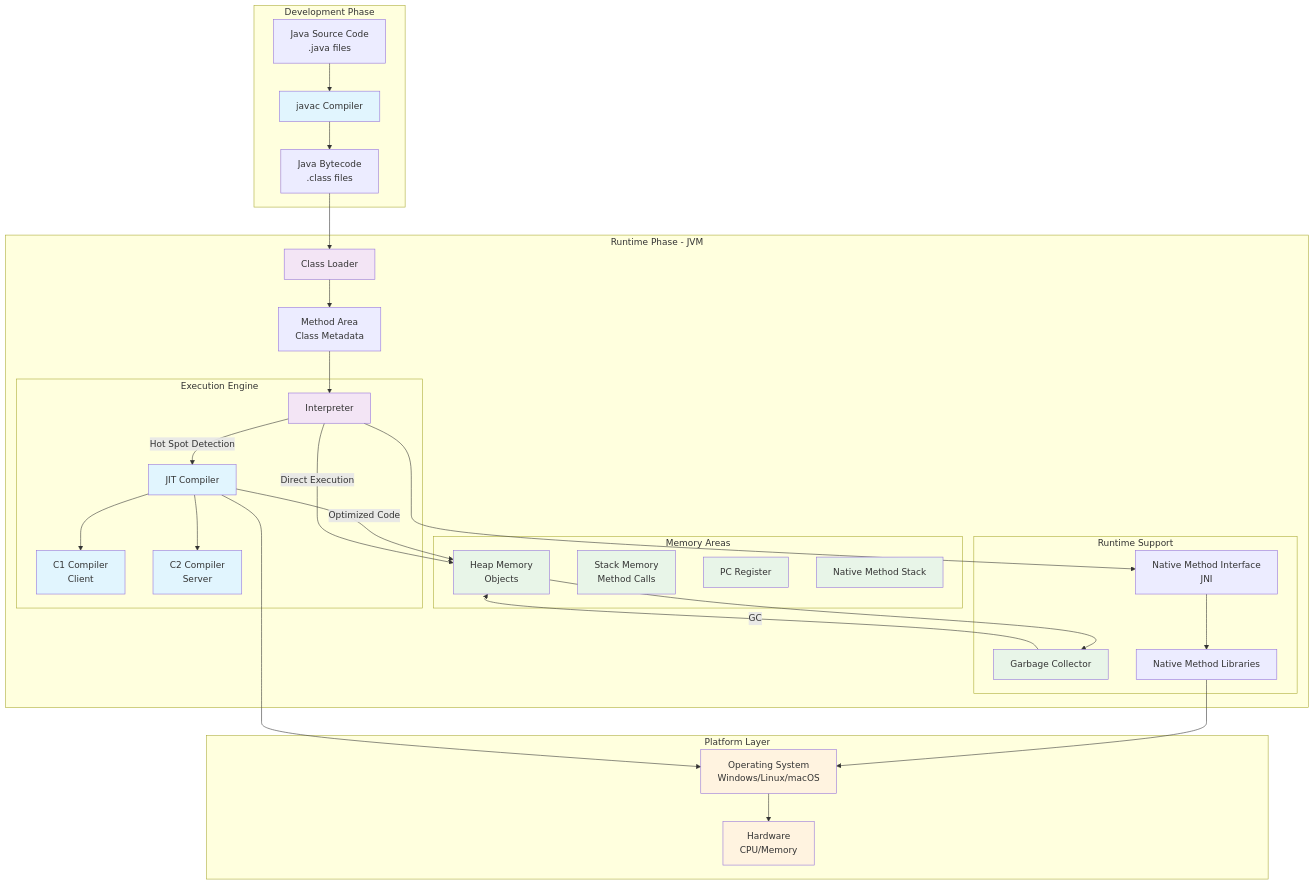
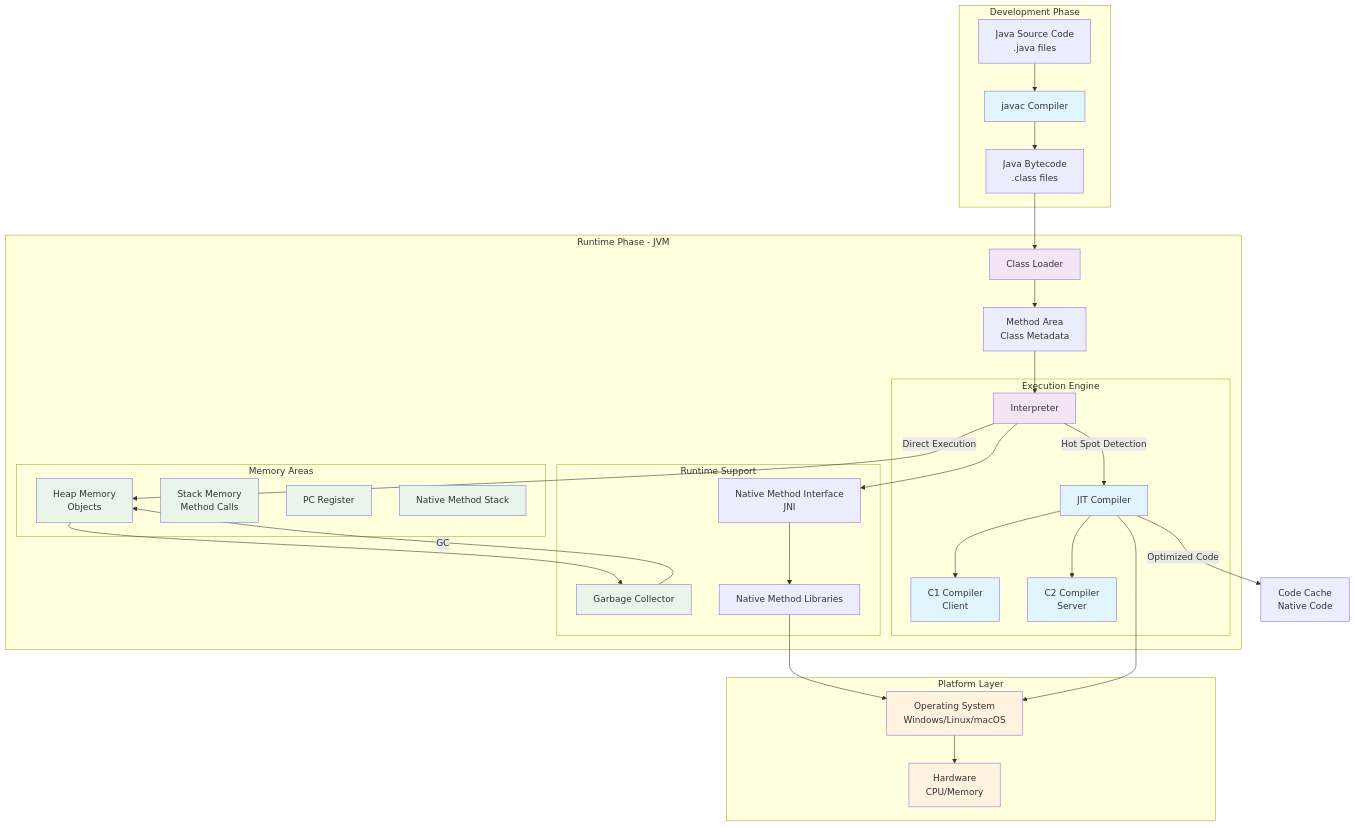
The first of 3 diagrams in _posts/java/2025-06-30-JIT_complier.md (hongmoSung/hongmoSung.github.io), drawn with Mermaid before and after one commit. The commit also changed other lines of this file and 32 other files, not shown here.

````diff
--- a/_posts/java/2025-06-30-JIT_complier.md
+++ b/_posts/java/2025-06-30-JIT_complier.md
@@ -63,70 +64,70 @@
 ```mermaid
 graph TB
     subgraph "Development Phase"
         A[Java Source Code<br>.java files] --> B[javac Compiler]
         B --> C[Java Bytecode<br>.class files]
     end
     
     subgraph "Runtime Phase - JVM"
         C --> D[Class Loader]
         D --> E[Method Area<br>Class Metadata]
         
         subgraph "Execution Engine"
             F[Interpreter]
             G[JIT Compiler]
             H[C1 Compiler<br>Client]
             I[C2 Compiler<br>Server]
             
             G --> H
             G --> I
         end
         
         subgraph "Memory Areas"
             J[Heap Memory<br>Objects]
             K[Stack Memory<br>Method Calls]
             L[PC Register]
             M[Native Method Stack]
         end
         
         subgraph "Runtime Support"
             N[Garbage Collector]
             O[Native Method Interface<br>JNI]
             P[Native Method Libraries]
         end
     end
     
     subgraph "Platform Layer"
         Q[Operating System<br>Windows/Linux/macOS]
         R[Hardware<br>CPU/Memory]
     end
     
     %% Execution Flow
     E --> F
     F --> |Hot Spot Detection| G
-    G --> |Optimized Code| J
+    G --> |Optimized Code| CC[Code Cache<br>Native Code]
     F --> |Direct Execution| J
     
     %% Memory Management
     J --> N
     N --> |GC| J
     
     %% Native Interaction
     F --> O
     O --> P
     P --> Q
     
     %% Platform Independence
     G --> Q
     Q --> R
     
     %% Styling
     classDef compiler fill:#e1f5fe
     classDef execution fill:#f3e5f5
     classDef memory fill:#e8f5e8
     classDef platform fill:#fff3e0
     
     class B,G,H,I compiler
     class F,D execution
     class J,K,L,M,N memory
     class Q,R platform
 ```
````
